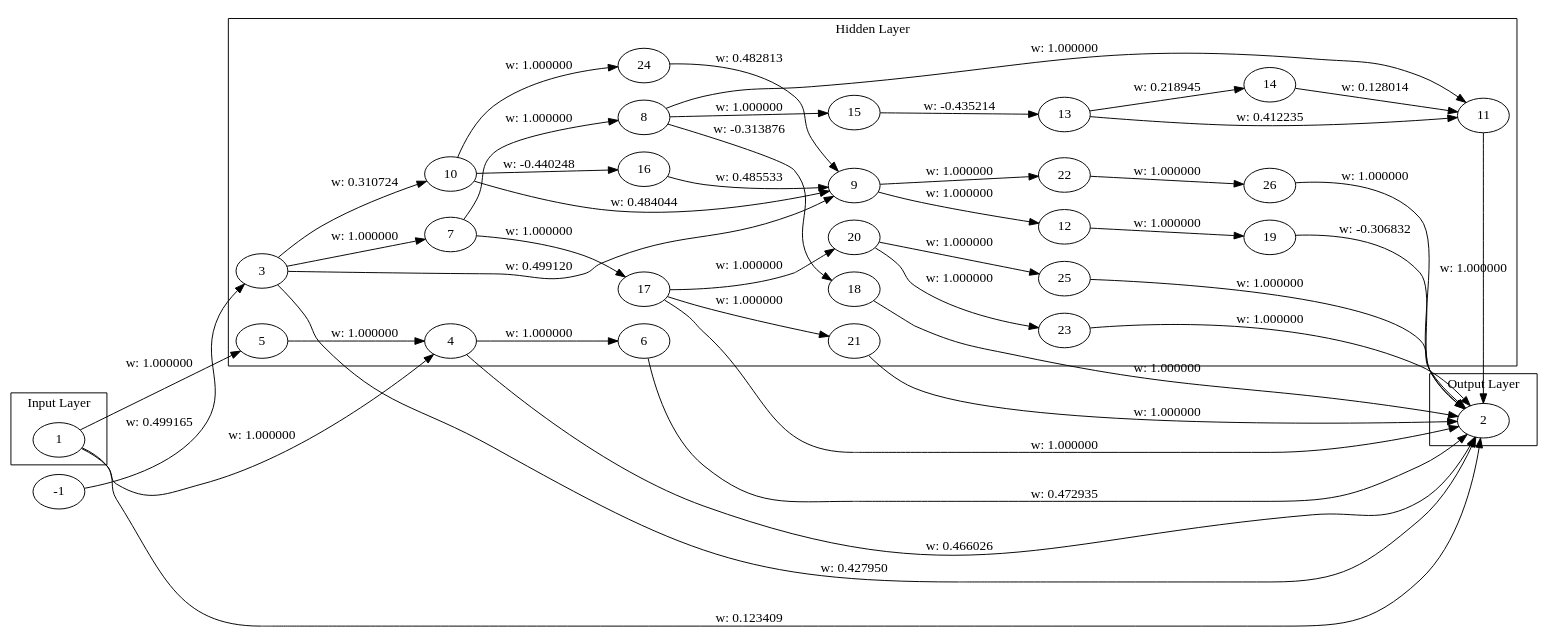
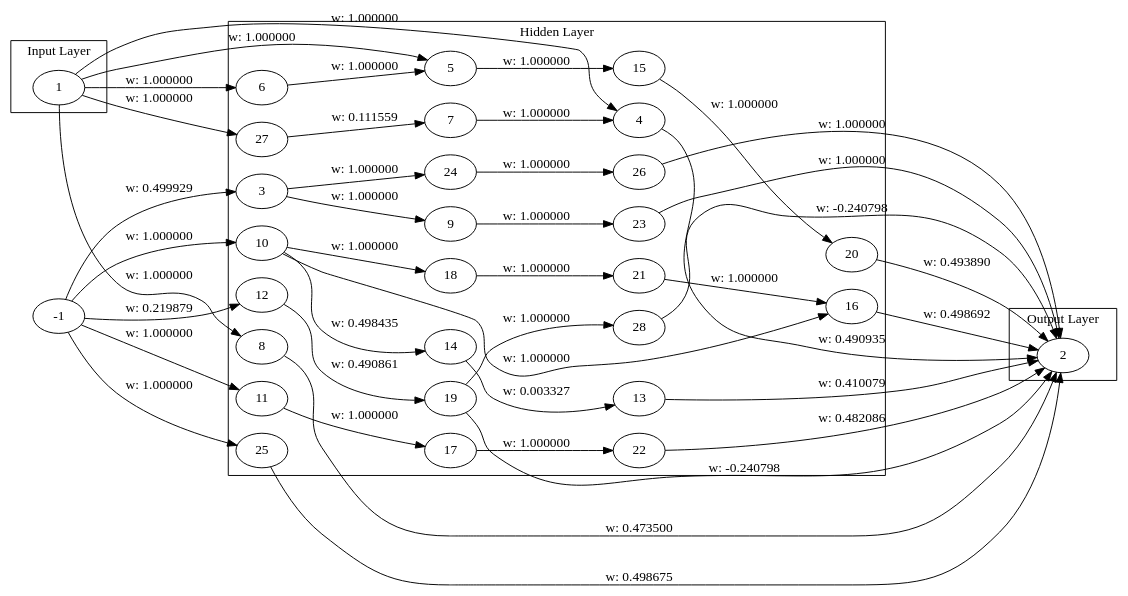
One commit to malikAkurtz/TradingSystem changed the diagram in genome_graph.dot. Above: the diagram before and after it, drawn with Graphviz. The commit also changed 3 other files, not shown here.

```diff
--- a/genome_graph.dot
+++ b/genome_graph.dot
@@ -1,80 +1,80 @@
 digraph Genome {
   rankdir=LR;
   subgraph cluster_0 {
     label="Input Layer";
     1;
   }
   subgraph cluster_1 {
     label="Hidden Layer";
     3;
     4;
     5;
     6;
     7;
     8;
     9;
     10;
     11;
     12;
     13;
     14;
     15;
     16;
     17;
     18;
     19;
     20;
     21;
     22;
     23;
     24;
     25;
     26;
+    27;
+    28;
   }
   subgraph cluster_2 {
     label="Output Layer";
     2;
   }
-  1 -> 2 [label="w: 0.123409"];
-  -1 -> 3 [label="w: 0.499165"];
-  3 -> 2 [label="w: 0.427950"];
+  -1 -> 3 [label="w: 0.499929"];
   1 -> 4 [label="w: 1.000000"];
-  4 -> 2 [label="w: 0.466026"];
+  4 -> 2 [label="w: 0.490935"];
   1 -> 5 [label="w: 1.000000"];
-  5 -> 4 [label="w: 1.000000"];
-  4 -> 6 [label="w: 1.000000"];
-  6 -> 2 [label="w: 0.472935"];
-  3 -> 7 [label="w: 1.000000"];
-  7 -> 8 [label="w: 1.000000"];
-  3 -> 9 [label="w: 0.499120"];
-  3 -> 10 [label="w: 0.310724"];
-  10 -> 9 [label="w: 0.484044"];
-  8 -> 11 [label="w: 1.000000"];
-  11 -> 2 [label="w: 1.000000"];
-  9 -> 12 [label="w: 1.000000"];
-  13 -> 11 [label="w: 0.412235"];
-  13 -> 14 [label="w: 0.218945"];
-  14 -> 11 [label="w: 0.128014"];
-  8 -> 15 [label="w: 1.000000"];
-  15 -> 13 [label="w: -0.435214"];
-  10 -> 16 [label="w: -0.440248"];
-  16 -> 9 [label="w: 0.485533"];
-  7 -> 17 [label="w: 1.000000"];
-  17 -> 2 [label="w: 1.000000"];
-  8 -> 18 [label="w: -0.313876"];
-  18 -> 2 [label="w: 1.000000"];
-  12 -> 19 [label="w: 1.000000"];
-  19 -> 2 [label="w: -0.306832"];
-  17 -> 20 [label="w: 1.000000"];
-  17 -> 21 [label="w: 1.000000"];
-  21 -> 2 [label="w: 1.000000"];
-  9 -> 22 [label="w: 1.000000"];
-  20 -> 23 [label="w: 1.000000"];
+  1 -> 6 [label="w: 1.000000"];
+  6 -> 5 [label="w: 1.000000"];
+  7 -> 4 [label="w: 1.000000"];
+  1 -> 8 [label="w: 1.000000"];
+  8 -> 2 [label="w: 0.473500"];
+  3 -> 9 [label="w: 1.000000"];
+  -1 -> 10 [label="w: 1.000000"];
+  -1 -> 11 [label="w: 1.000000"];
+  -1 -> 12 [label="w: 0.219879"];
+  13 -> 2 [label="w: 0.410079"];
+  10 -> 14 [label="w: 0.498435"];
+  14 -> 13 [label="w: 0.003327"];
+  5 -> 15 [label="w: 1.000000"];
+  10 -> 16 [label="w: 1.000000"];
+  16 -> 2 [label="w: 0.498692"];
+  11 -> 17 [label="w: 1.000000"];
+  10 -> 18 [label="w: 1.000000"];
+  12 -> 19 [label="w: 0.490861"];
+  19 -> 2 [label="w: -0.240798"];
+  15 -> 20 [label="w: 1.000000"];
+  20 -> 2 [label="w: 0.493890"];
+  18 -> 21 [label="w: 1.000000"];
+  21 -> 16 [label="w: 1.000000"];
+  17 -> 22 [label="w: 1.000000"];
+  22 -> 2 [label="w: 0.482086"];
+  9 -> 23 [label="w: 1.000000"];
   23 -> 2 [label="w: 1.000000"];
-  10 -> 24 [label="w: 1.000000"];
-  24 -> 9 [label="w: 0.482813"];
-  20 -> 25 [label="w: 1.000000"];
-  25 -> 2 [label="w: 1.000000"];
-  22 -> 26 [label="w: 1.000000"];
+  3 -> 24 [label="w: 1.000000"];
+  -1 -> 25 [label="w: 1.000000"];
+  25 -> 2 [label="w: 0.498675"];
+  24 -> 26 [label="w: 1.000000"];
   26 -> 2 [label="w: 1.000000"];
+  1 -> 27 [label="w: 1.000000"];
+  27 -> 7 [label="w: 0.111559"];
+  19 -> 28 [label="w: 1.000000"];
+  28 -> 2 [label="w: -0.240798"];
 }
```
